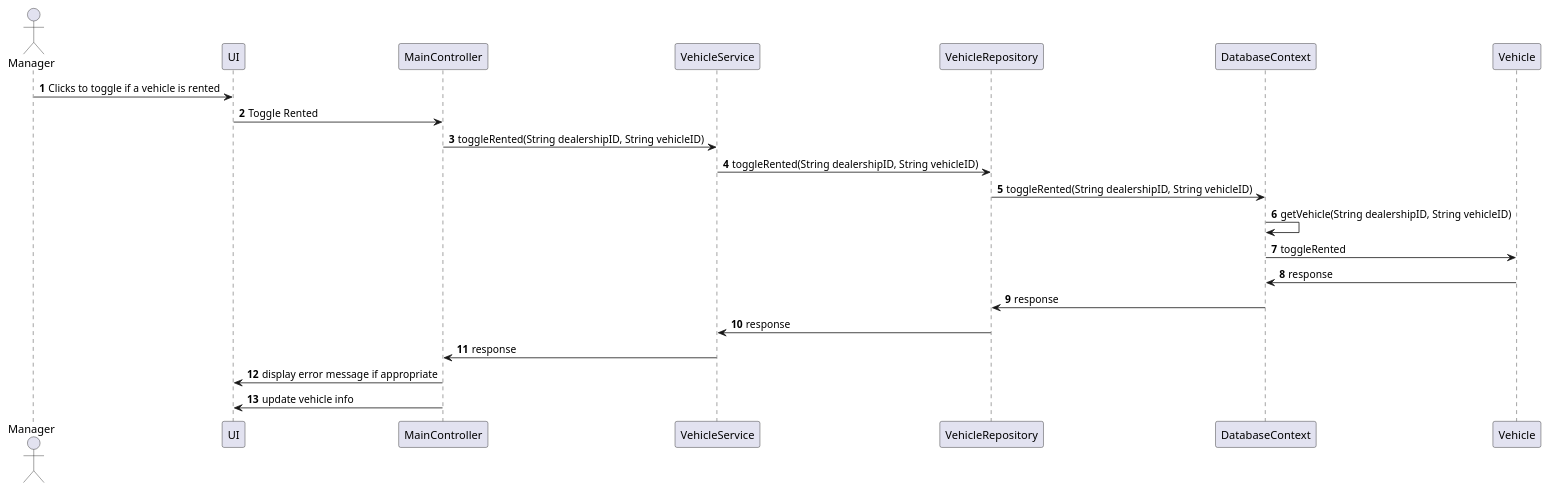
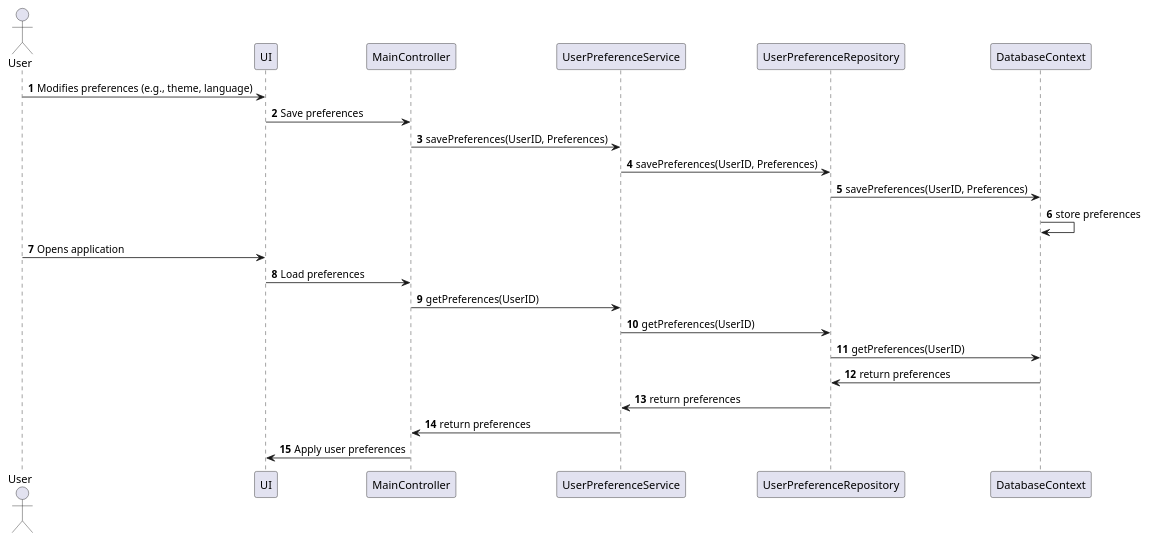
One commit to joatansampaio/project-1-tracking-system changed the diagram in src/diagrams/sequence/User preferences.puml. Above: the diagram before and after it, drawn with PlantUML. The commit also changed other lines of this file, not shown here.

Commit message:
Update User preferences.puml

```diff
--- a/src/diagrams/sequence/User preferences.puml
+++ b/src/diagrams/sequence/User preferences.puml
@@ -1,27 +4,29 @@
-@startuml
-'https://plantuml.com/sequence-diagram
-'WIP
-autonumber
-
-actor Manager
-participant UI
-participant MainController
-participant VehicleService
-participant VehicleRepository
-participant DatabaseContext
-participant Vehicle
-
-Manager -> UI: Clicks to toggle if a vehicle is rented
-UI -> MainController: Toggle Rented
-MainController -> VehicleService: toggleRented(String dealershipID, String vehicleID)
-VehicleService -> VehicleRepository: toggleRented(String dealershipID, String vehicleID)
-VehicleRepository -> DatabaseContext: toggleRented(String dealershipID, String vehicleID)
-DatabaseContext -> DatabaseContext: getVehicle(String dealershipID, String vehicleID)
-DatabaseContext -> Vehicle: toggleRented
-Vehicle -> DatabaseContext: response
-DatabaseContext -> VehicleRepository: response
-VehicleRepository -> VehicleService: response
-VehicleService -> MainController: response
-MainController -> UI: display error message if appropriate
-MainController -> UI: update vehicle info
-@enduml
+ @startuml
+ 'https://plantuml.com/sequence-diagram
+ 'WIP
+ autonumber
+ 
+ actor User
+ participant UI
+ participant MainController
+ participant UserPreferenceService
+ participant UserPreferenceRepository
+ participant DatabaseContext
+ 
+ User -> UI: Modifies preferences (e.g., theme, language)
+ UI -> MainController: Save preferences
+ MainController -> UserPreferenceService: savePreferences(UserID, Preferences)
+ UserPreferenceService -> UserPreferenceRepository: savePreferences(UserID, Preferences)
+ UserPreferenceRepository -> DatabaseContext: savePreferences(UserID, Preferences)
+ DatabaseContext -> DatabaseContext: store preferences
+ 
+ User -> UI: Opens application
+ UI -> MainController: Load preferences
+ MainController -> UserPreferenceService: getPreferences(UserID)
+ UserPreferenceService -> UserPreferenceRepository: getPreferences(UserID)
+ UserPreferenceRepository -> DatabaseContext: getPreferences(UserID)
+ DatabaseContext -> UserPreferenceRepository: return preferences
+ UserPreferenceRepository -> UserPreferenceService: return preferences
+ UserPreferenceService -> MainController: return preferences
+ MainController -> UI: Apply user preferences
+ @enduml
```
